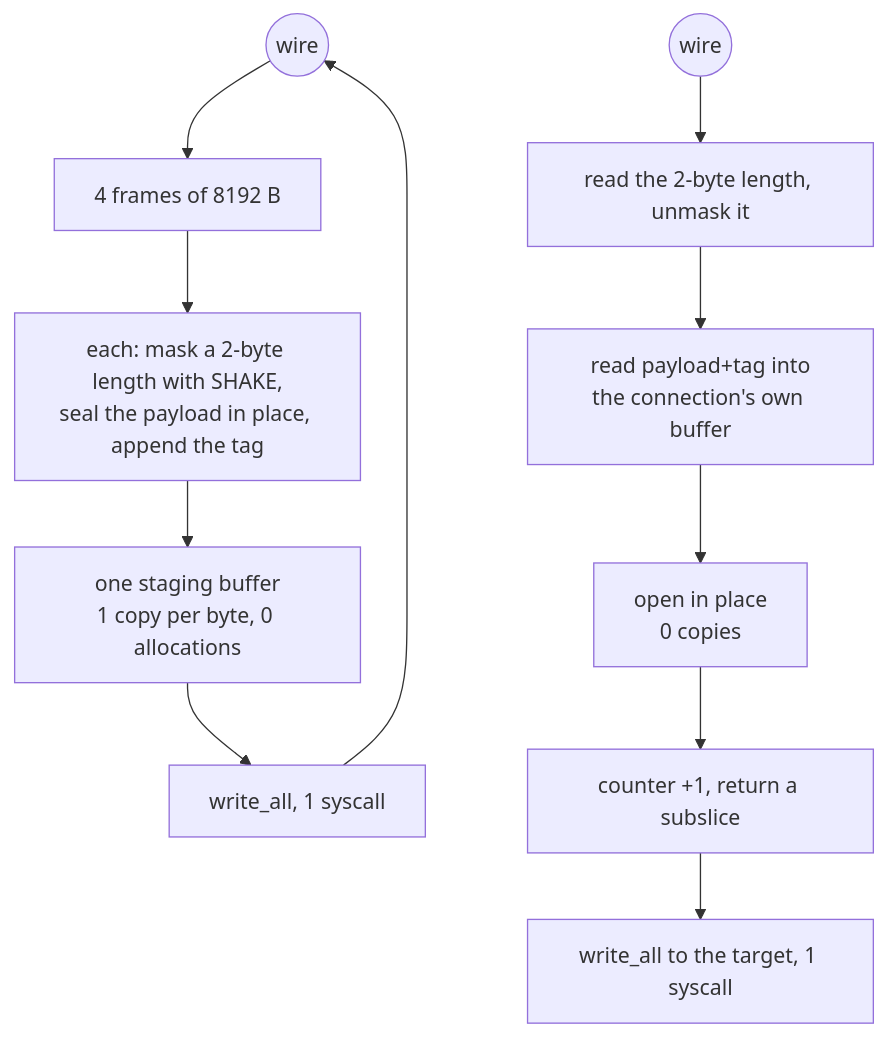
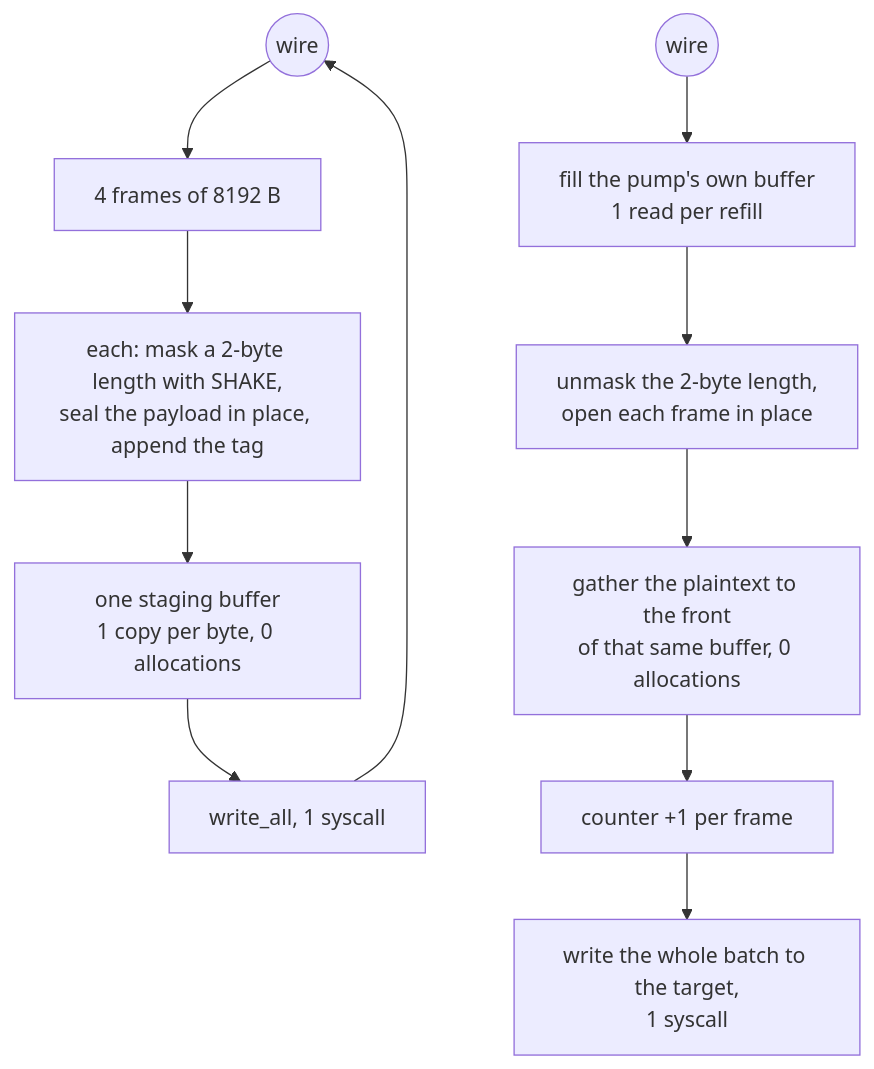
Before and after one commit to Ferrocite/ferrox: the diagram in docs/function/vmess.md, drawn with Mermaid. The commit also changed other lines of this file and 3 other files, not shown here.

First line of the commit message:
vmess: decode the batch the pump already holds and relay it in one write

````diff
--- a/docs/function/vmess.md
+++ b/docs/function/vmess.md
@@ -29,13 +32,13 @@
 ```mermaid
 graph TD
     W["plaintext read, 32 KiB"] --> W1["4 frames of 8192 B"]
     W1 --> W2["each: mask a 2-byte length with SHAKE,<br/>seal the payload in place, append the tag"]
     W2 --> W3["one staging buffer<br/>1 copy per byte, 0 allocations"]
     W3 --> W4["write_all, 1 syscall"]
     W4 --> W(("wire"))
-    R(("wire")) --> R1["read the 2-byte length, unmask it"]
-    R1 --> R2["read payload+tag into<br/>the connection's own buffer"]
-    R2 --> R3["open in place<br/>0 copies"]
-    R3 --> R4["counter +1, return a subslice"]
-    R4 --> R5["write_all to the target, 1 syscall"]
+    R(("wire")) --> R1["fill the pump's own buffer<br/>1 read per refill"]
+    R1 --> R2["unmask the 2-byte length,<br/>open each frame in place"]
+    R2 --> R3["gather the plaintext to the front<br/>of that same buffer, 0 allocations"]
+    R3 --> R4["counter +1 per frame"]
+    R4 --> R5["write the whole batch to the target,<br/>1 syscall"]
 ```
````
